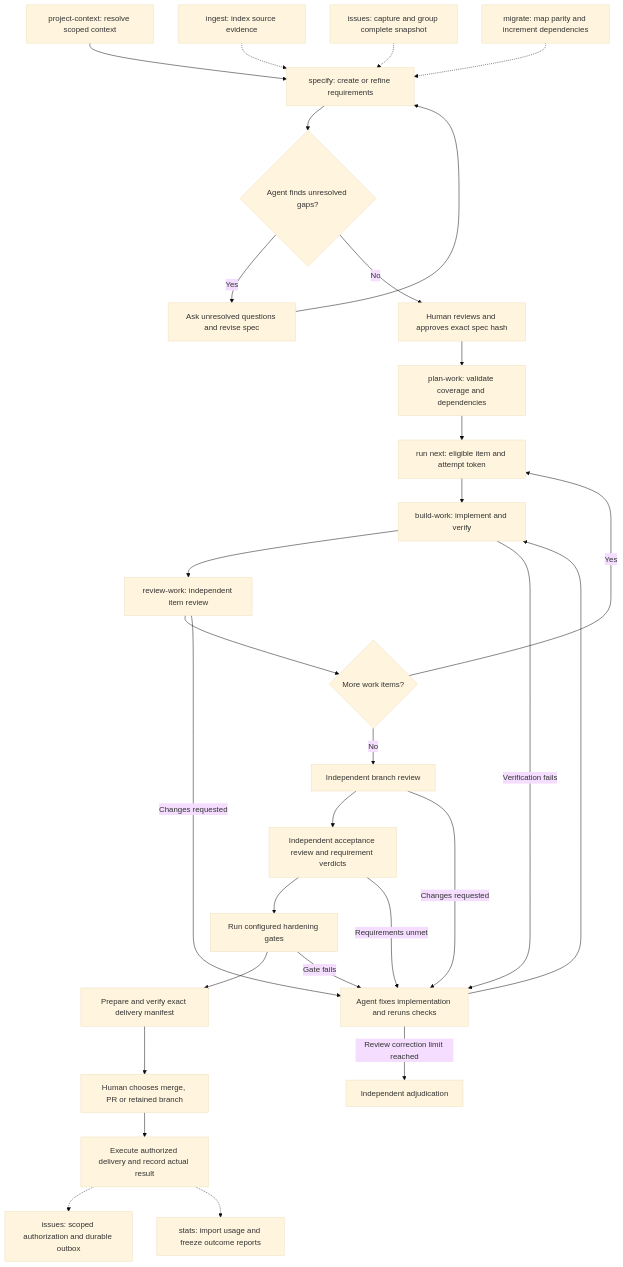
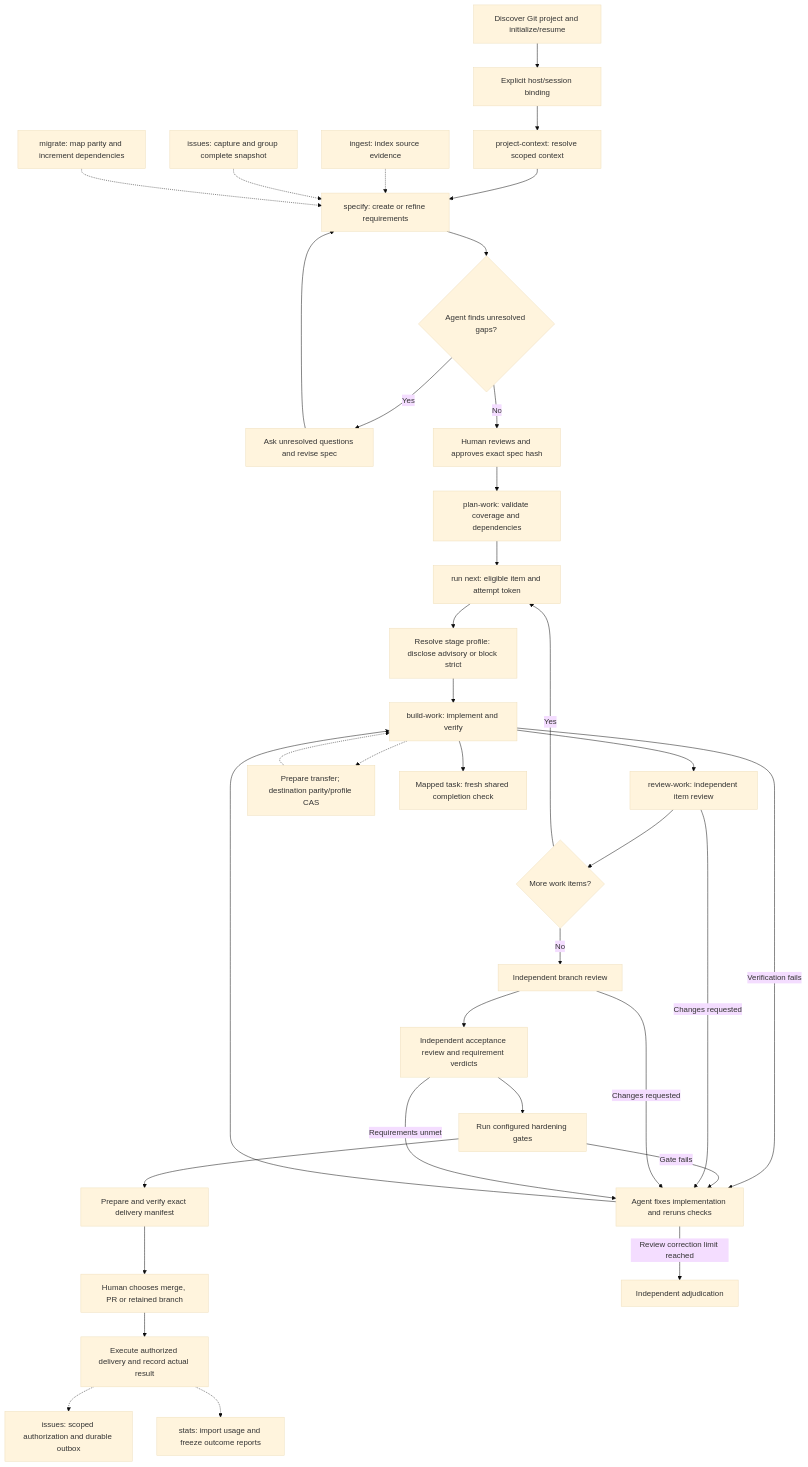
Before and after one commit to wgentil/devflow: the diagram in skills/workflow/SKILL.md, drawn with Mermaid (base theme). The commit also changed other lines of this file and 36 other files, not shown here.

````diff
--- a/skills/workflow/SKILL.md
+++ b/skills/workflow/SKILL.md
@@ -15,32 +15,37 @@
 ```mermaid
 flowchart TD
-    Context["project-context: resolve scoped context"] --> Spec["specify: create or refine requirements"]
+    Init["Discover Git project and initialize/resume"] --> Attach["Explicit host/session binding"]
+    Attach --> Context["project-context: resolve scoped context"] --> Spec["specify: create or refine requirements"]
     Sources["ingest: index source evidence"] -.-> Spec
     Issues["issues: capture and group complete snapshot"] -.-> Spec
     Migration["migrate: map parity and increment dependencies"] -.-> Spec
     Spec --> Gaps{"Agent finds unresolved gaps?"}
     Gaps -->|Yes| Interview["Ask unresolved questions and revise spec"]
     Interview --> Spec
     Gaps -->|No| Approval["Human reviews and approves exact spec hash"]
     Approval --> Plan["plan-work: validate coverage and dependencies"]
     Plan --> Next["run next: eligible item and attempt token"]
-    Next --> Build["build-work: implement and verify"]
+    Next --> Model["Resolve stage profile: disclose advisory or block strict"]
+    Model --> Build["build-work: implement and verify"]
     Build --> Item["review-work: independent item review"]
     Item --> More{"More work items?"}
     More -->|Yes| Next
     More -->|No| Branch["Independent branch review"]
     Branch --> Accept["Independent acceptance review and requirement verdicts"]
     Accept --> Harden["Run configured hardening gates"]
     Harden --> Manifest["Prepare and verify exact delivery manifest"]
     Manifest --> Choice["Human chooses merge, PR or retained branch"]
     Choice --> Delivered["Execute authorized delivery and record actual result"]
     Delivered -.-> Reconcile["issues: scoped authorization and durable outbox"]
     Delivered -.-> Stats["stats: import usage and freeze outcome reports"]
     Build -->|Verification fails| Fix["Agent fixes implementation and reruns checks"]
     Harden -->|Gate fails| Fix
     Item -->|Changes requested| Fix
     Branch -->|Changes requested| Fix
     Accept -->|Requirements unmet| Fix
     Fix --> Build
+    Build -.-> Handoff["Prepare transfer; destination parity/profile CAS"]
+    Handoff -.-> Build
+    Build --> Complete["Mapped task: fresh shared completion check"]
     Fix -->|Review correction limit reached| Adjudicate["Independent adjudication"]
 ```
````
